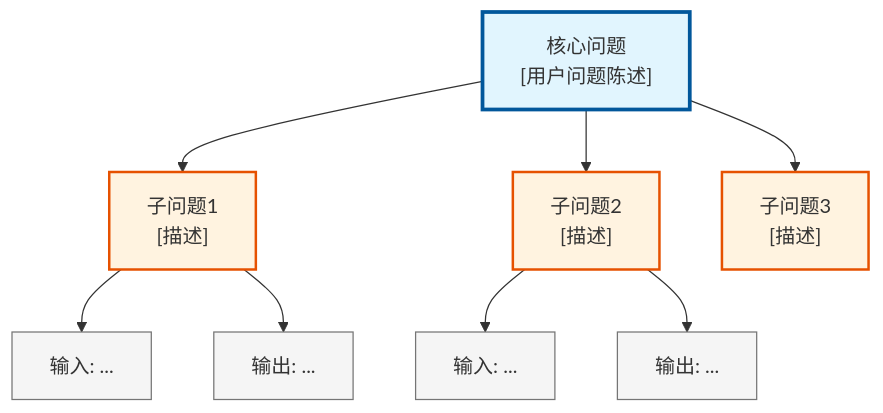
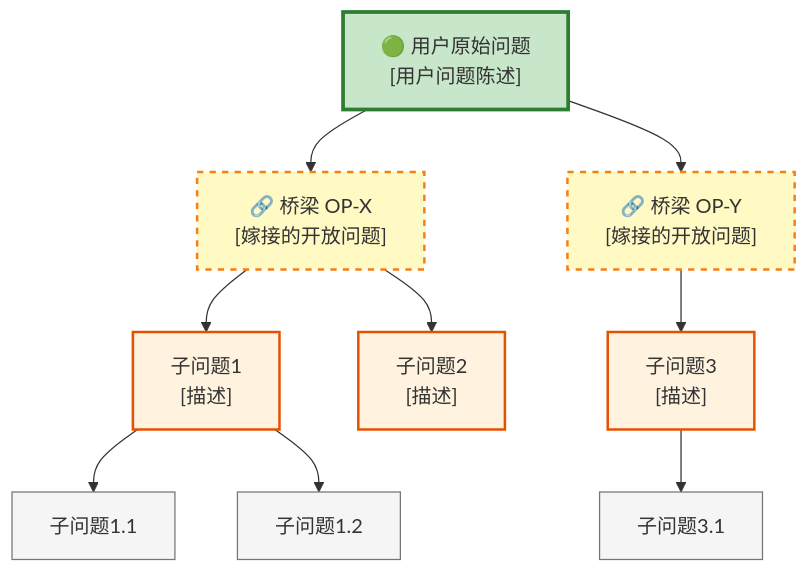
Before and after one commit to MaybeBio/pyResearch-ReadingSkill: the first of 7 diagrams in skills/method-analysis/references/visualization-types.md, drawn with Mermaid. The commit also changed other lines of this file and 5 other files, not shown here.

````diff
--- a/skills/method-analysis/references/visualization-types.md
+++ b/skills/method-analysis/references/visualization-types.md
@@ -11,15 +11,17 @@
 ```mermaid
 graph TD
-    Q["核心问题<br/>[用户问题陈述]"]:::core
-    Q --> S1["子问题1<br/>[描述]"]:::sub
-    Q --> S2["子问题2<br/>[描述]"]:::sub
-    Q --> S3["子问题3<br/>[描述]"]:::sub
-    S1 --> I1["输入: ..."]:::io
-    S1 --> O1["输出: ..."]:::io
-    S2 --> I2["输入: ..."]:::io
-    S2 --> O2["输出: ..."]:::io
+    Q["🟢 用户原始问题<br/>[用户问题陈述]"]:::user
+    Q --> B1["🔗 桥梁 OP-X<br/>[嫁接的开放问题]"]:::bridge
+    Q --> B2["🔗 桥梁 OP-Y<br/>[嫁接的开放问题]"]:::bridge
+    B1 --> S1["子问题1<br/>[描述]"]:::sub
+    B1 --> S2["子问题2<br/>[描述]"]:::sub
+    B2 --> S3["子问题3<br/>[描述]"]:::sub
+    S1 --> S1a["子问题1.1"]:::deep
+    S1 --> S1b["子问题1.2"]:::deep
+    S3 --> S3a["子问题3.1"]:::deep
 
-    classDef core fill:#e1f5fe,stroke:#01579b,stroke-width:3px
+    classDef user fill:#c8e6c9,stroke:#2e7d32,stroke-width:3px
+    classDef bridge fill:#fff9c4,stroke:#f57f17,stroke-width:2px,stroke-dasharray:5 5
     classDef sub fill:#fff3e0,stroke:#e65100,stroke-width:2px
-    classDef io fill:#f5f5f5,stroke:#757575,stroke-width:1px
+    classDef deep fill:#f5f5f5,stroke:#757575,stroke-width:1px
 ```
````
